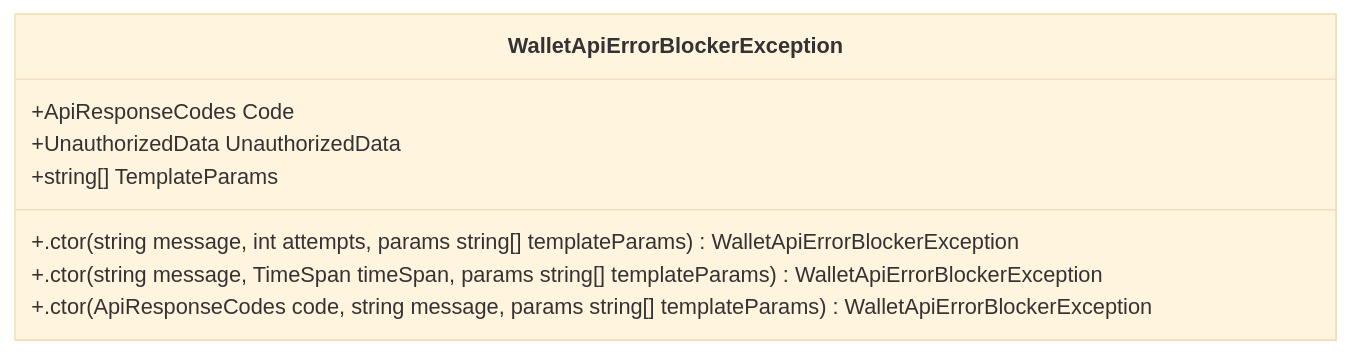
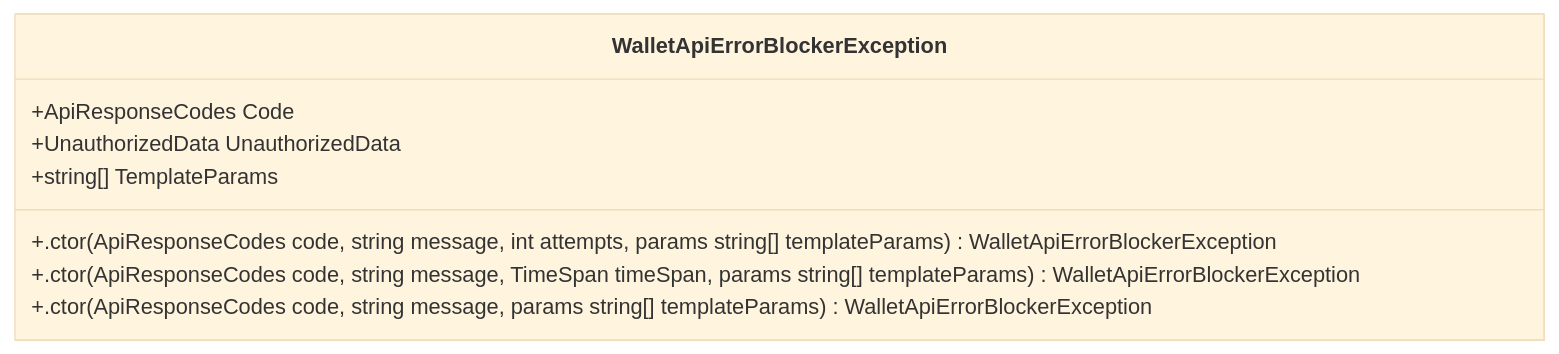
Before and after one commit to MyJetWallet/MyJetWallet.Sdk.WalletApi: diagram 17 of 28 in CODE_METRICS.md, drawn with Mermaid (base theme). The commit also changed other lines of this file, not shown here.

Commit message:
auto-update nugets & analysis code metrics

````diff
--- a/CODE_METRICS.md
+++ b/CODE_METRICS.md
@@ -1365,12 +1353,12 @@
 ```mermaid
 classDiagram
 class WalletApiErrorBlockerException{
     +ApiResponseCodes Code
     +UnauthorizedData UnauthorizedData
     +string[] TemplateParams
-    +.ctor(string message, int attempts, params string[] templateParams) WalletApiErrorBlockerException
-    +.ctor(string message, TimeSpan timeSpan, params string[] templateParams) WalletApiErrorBlockerException
+    +.ctor(ApiResponseCodes code, string message, int attempts, params string[] templateParams) WalletApiErrorBlockerException
+    +.ctor(ApiResponseCodes code, string message, TimeSpan timeSpan, params string[] templateParams) WalletApiErrorBlockerException
     +.ctor(ApiResponseCodes code, string message, params string[] templateParams) WalletApiErrorBlockerException
 }
 
 ```
````
